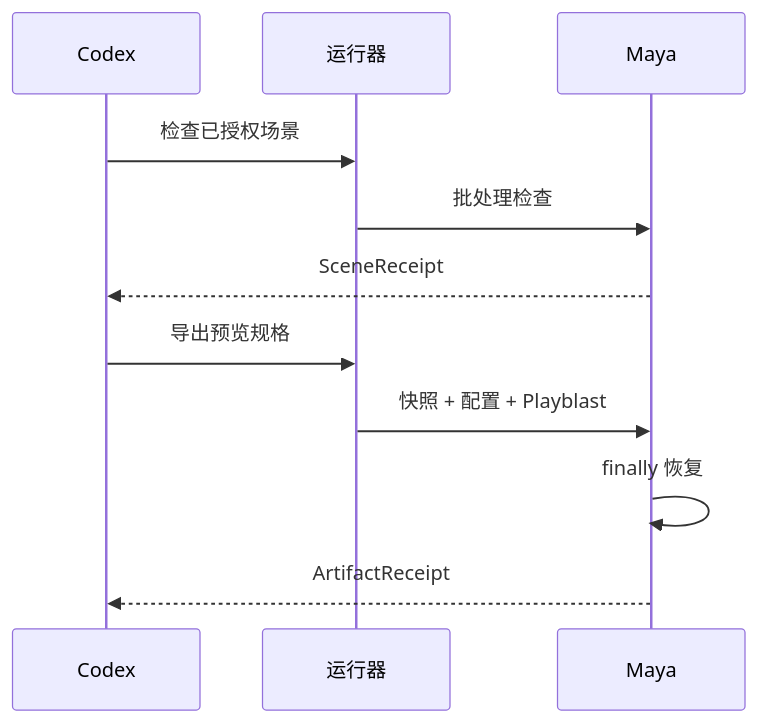
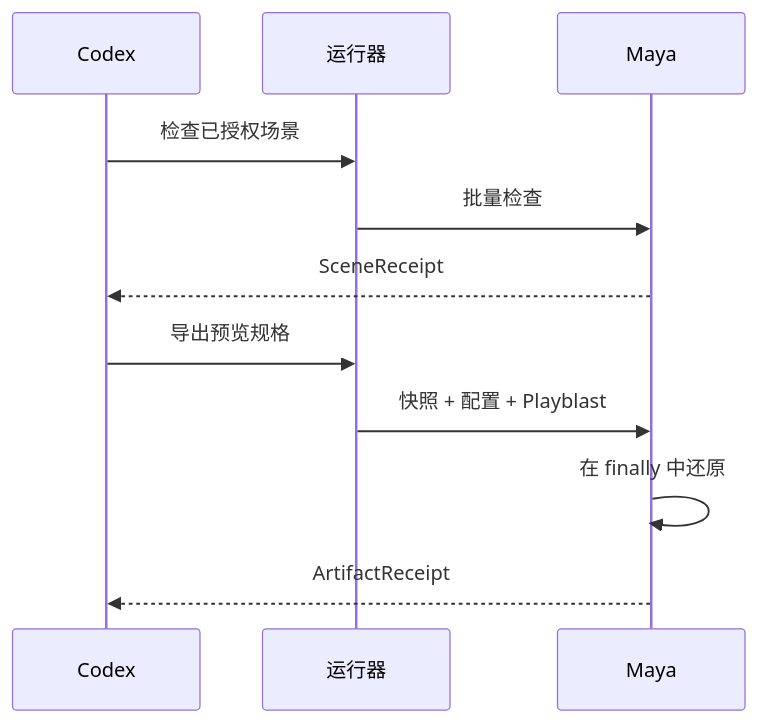
Before and after one commit to full-aigc-plugins/maya-design-plugin: the second of 2 diagrams in docs/Codex-Maya-Plugin-Architecture.zh_CN.md, drawn with Mermaid. The commit also changed other lines of this file and 3 other files, not shown here.

First line of the commit message:
docs: correct the architecture and solution status and structure

````diff
--- a/docs/Codex-Maya-Plugin-Architecture.zh_CN.md
+++ b/docs/Codex-Maya-Plugin-Architecture.zh_CN.md
@@ -33,13 +112,13 @@
 ```mermaid
 sequenceDiagram
     participant C as Codex
     participant R as 运行器
     participant M as Maya
     C->>R: 检查已授权场景
-    R->>M: 批处理检查
+    R->>M: 批量检查
     M-->>C: SceneReceipt
     C->>R: 导出预览规格
     R->>M: 快照 + 配置 + Playblast
-    M->>M: finally 恢复
+    M->>M: 在 finally 中还原
     M-->>C: ArtifactReceipt
 ```
````
